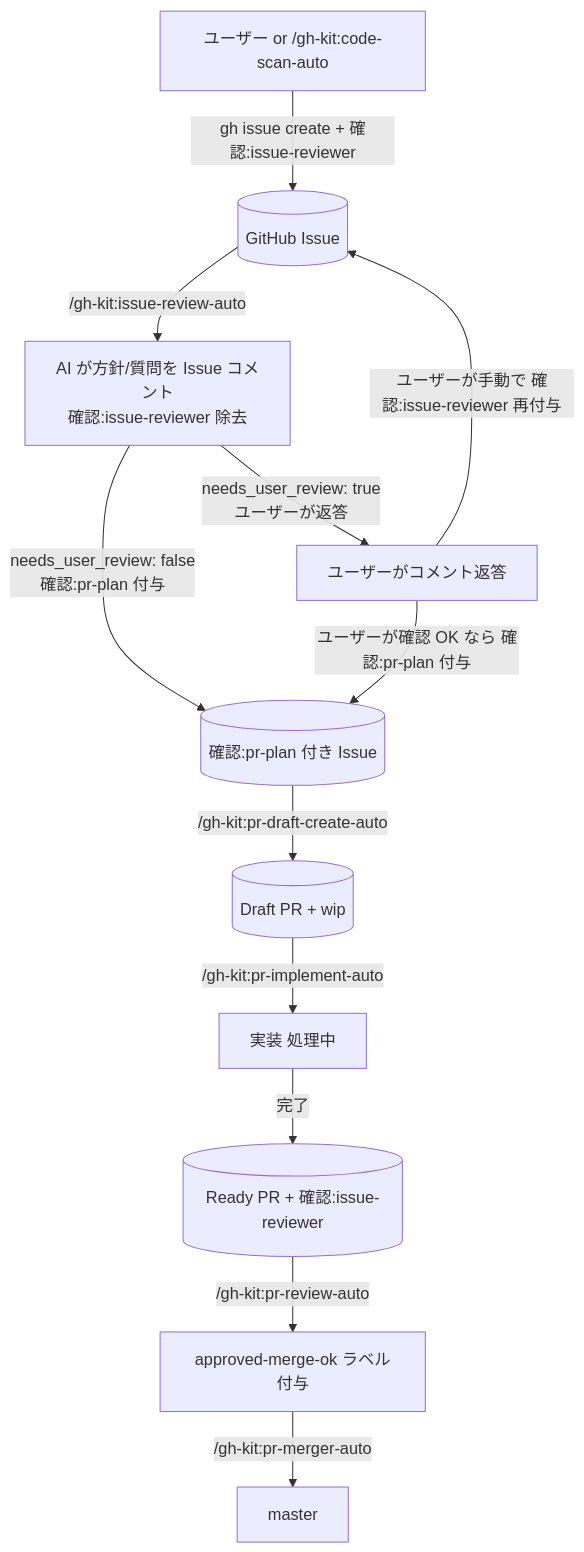
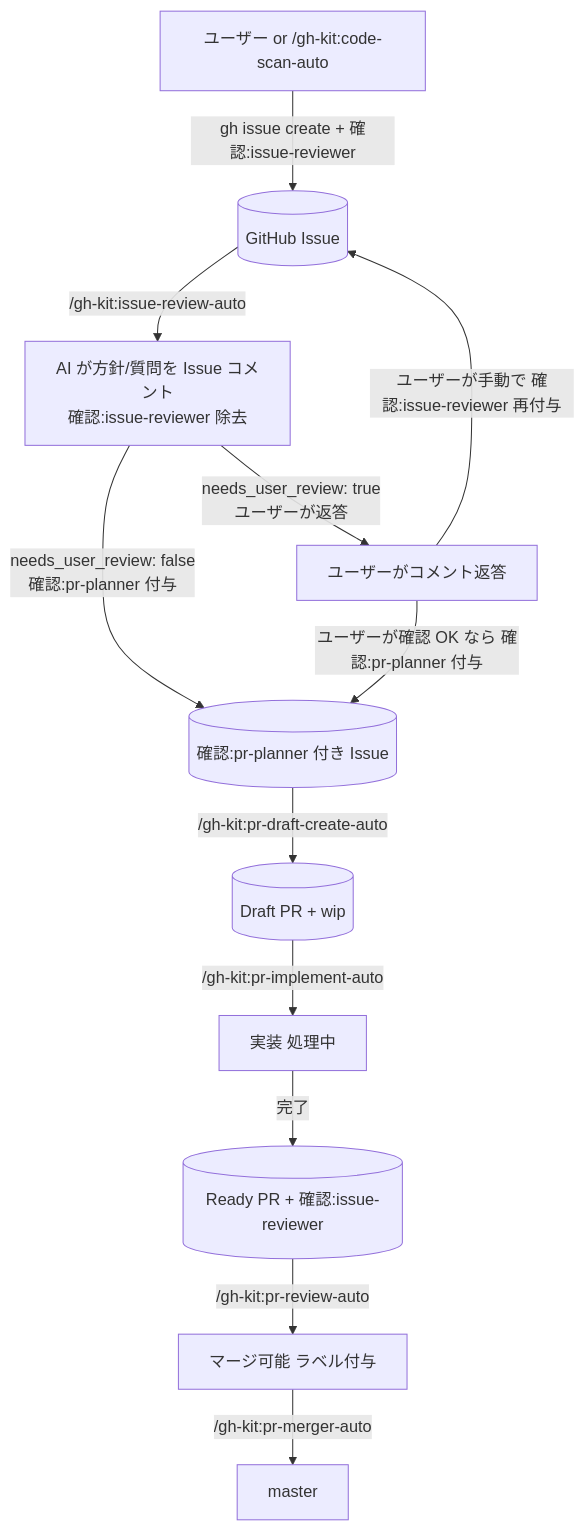
One commit to shuhei1101/my-plugins changed the diagram in plugins/gh-kit/CLAUDE.md. Above: the diagram before and after it, drawn with Mermaid. The commit also changed other lines of this file and 13 other files, not shown here.

First line of the commit message:
chore: ラベル命名規則をエージェント名（-er）で統一・旧英語ラベル全削除

````diff
--- a/plugins/gh-kit/CLAUDE.md
+++ b/plugins/gh-kit/CLAUDE.md
@@ -9,14 +9,14 @@
 ```mermaid
 flowchart TD
   U[ユーザー or /gh-kit:code-scan-auto] -->|gh issue create + 確認:issue-reviewer| Issue[(GitHub Issue)]
   Issue -->|/gh-kit:issue-review-auto| Review[AI が方針/質問を Issue コメント<br>確認:issue-reviewer 除去]
-  Review -->|needs_user_review: false<br>確認:pr-plan 付与| PlanOK[(確認:pr-plan 付き Issue)]
+  Review -->|needs_user_review: false<br>確認:pr-planner 付与| PlanOK[(確認:pr-planner 付き Issue)]
   Review -->|needs_user_review: true<br>ユーザーが返答| UserReply[ユーザーがコメント返答]
   UserReply -->|ユーザーが手動で 確認:issue-reviewer 再付与| Issue
-  UserReply -->|ユーザーが確認 OK なら 確認:pr-plan 付与| PlanOK
+  UserReply -->|ユーザーが確認 OK なら 確認:pr-planner 付与| PlanOK
   PlanOK -->|/gh-kit:pr-draft-create-auto| WIP[(Draft PR + wip)]
   WIP -->|/gh-kit:pr-implement-auto| Implementing[実装 処理中]
   Implementing -->|完了| NAR[(Ready PR + 確認:issue-reviewer)]
-  NAR -->|/gh-kit:pr-review-auto| Reviewed[approved-merge-ok ラベル付与]
+  NAR -->|/gh-kit:pr-review-auto| Reviewed[マージ可能 ラベル付与]
   Reviewed -->|/gh-kit:pr-merger-auto| Merged[master]
 ```
````
